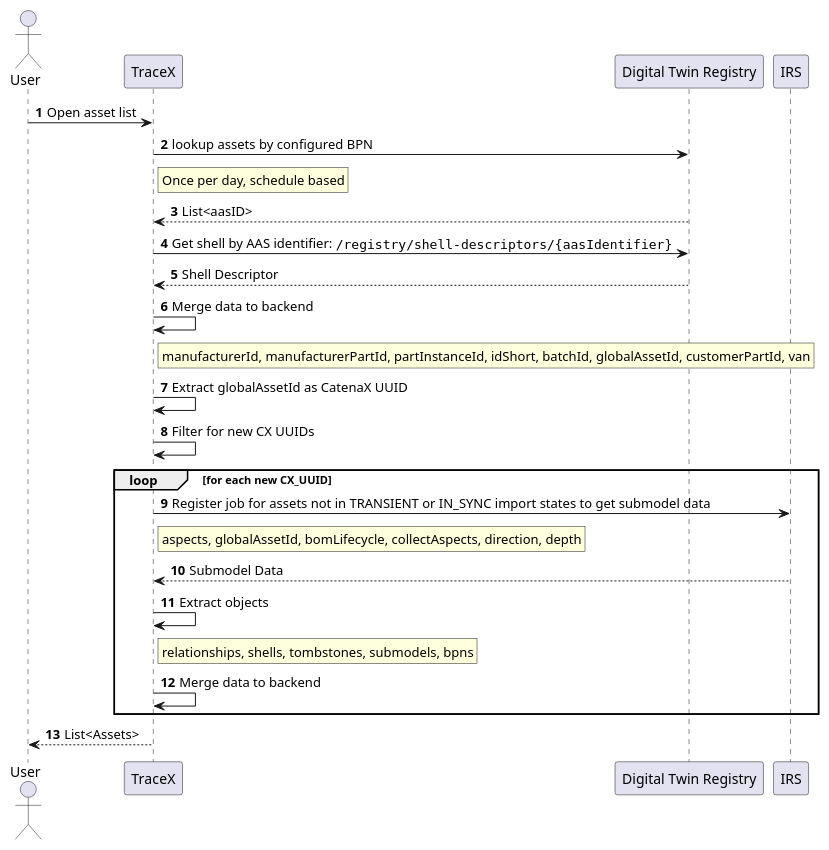
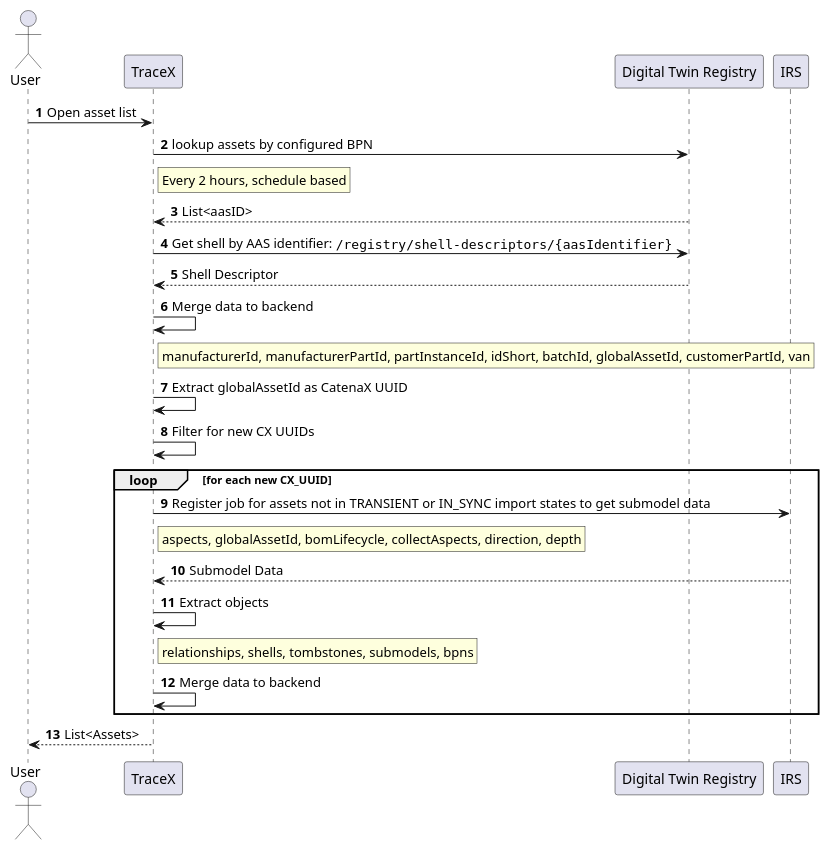
One commit to eclipse-tractusx/traceability-foss changed the diagram in docs/src/uml-diagrams/arc42/runtime-view/data-consumption-process.puml. Above: the diagram before and after it, drawn with PlantUML. The commit also changed 3 other files, not shown here.

```diff
--- a/docs/src/uml-diagrams/arc42/runtime-view/data-consumption-process.puml
+++ b/docs/src/uml-diagrams/arc42/runtime-view/data-consumption-process.puml
@@ -1,41 +1,41 @@
 @startuml
 'https://plantuml.com/sequence-diagram
 autonumber
 
 actor User
 participant TraceX
 participant "Digital Twin Registry" as DTR
 participant IRS
 
 User -> TraceX: Open asset list
 TraceX -> DTR: lookup assets by configured BPN
 rnote right TraceX
-Once per day, schedule based
+Every 2 hours, schedule based
 end rnote
 TraceX <-- DTR: List<aasID>
 
 TraceX -> DTR: Get shell by AAS identifier: ""/registry/shell-descriptors/{aasIdentifier}""
 TraceX <-- DTR: Shell Descriptor
 TraceX -> TraceX: Merge data to backend
 rnote right TraceX
 manufacturerId, manufacturerPartId, partInstanceId, idShort, batchId, globalAssetId, customerPartId, van
 end rnote
 TraceX -> TraceX: Extract globalAssetId as CatenaX UUID
 TraceX -> TraceX: Filter for new CX UUIDs
 
 	loop for each new CX_UUID
         TraceX -> IRS: Register job for assets not in TRANSIENT or IN_SYNC import states to get submodel data
             rnote right TraceX
                 aspects, globalAssetId, bomLifecycle, collectAspects, direction, depth
             end rnote
         TraceX <-- IRS: Submodel Data
         TraceX -> TraceX: Extract objects
             rnote right TraceX
                 relationships, shells, tombstones, submodels, bpns
             end rnote
 		TraceX -> TraceX: Merge data to backend
 	end
 
 User <-- TraceX: List<Assets>
 
 @enduml
```
